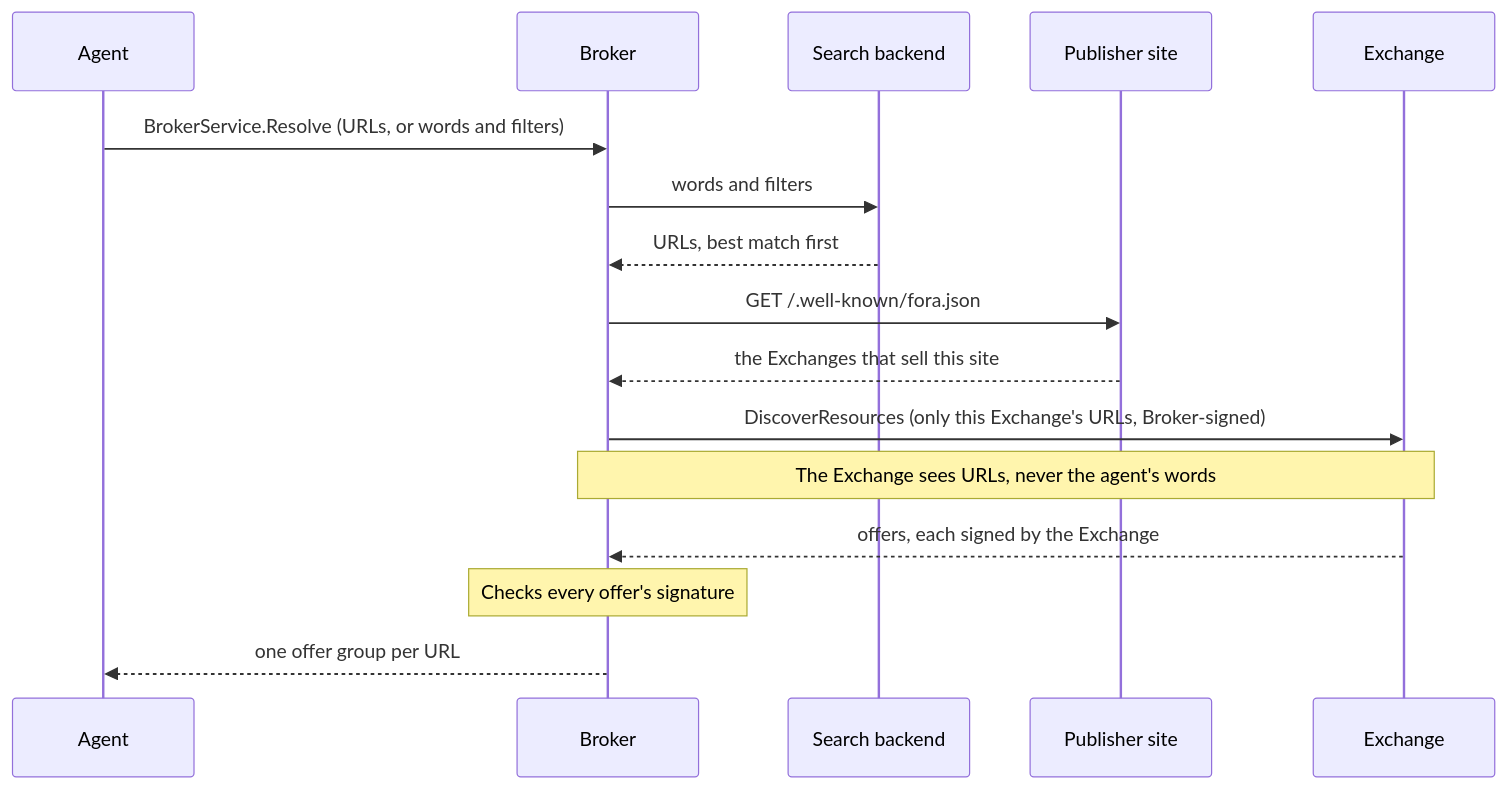
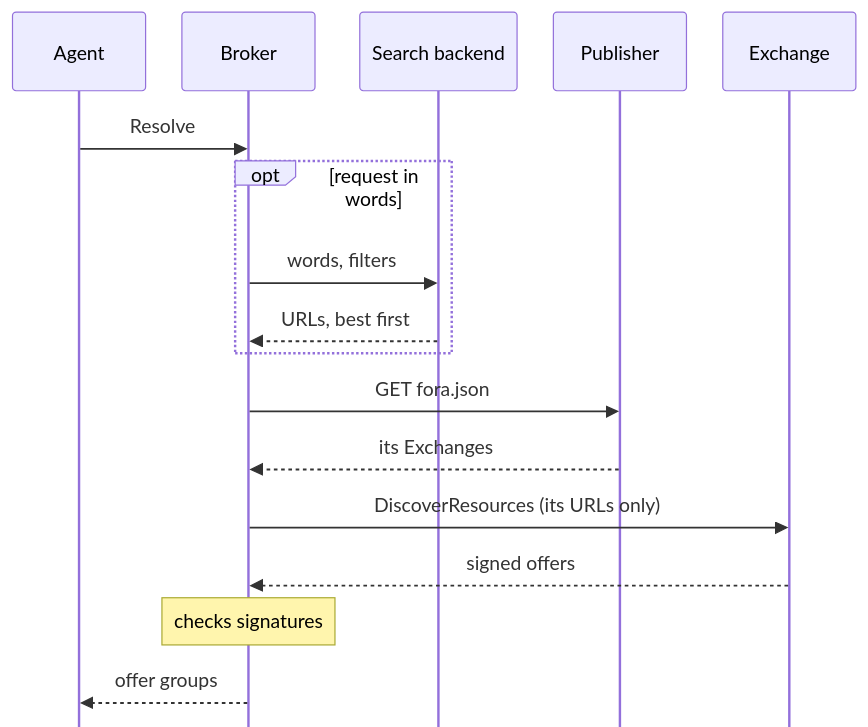
Before and after one commit to FORA-Protocol/protocol: the diagram in website/src/content/docs/components/broker/overview.mdx, drawn with Mermaid. The commit also changed other lines of this file, not shown here.

Commit message:
Correct the Broker page on empty answers, filters and offer order, source its third-party names and make its diagram readable

````diff
--- a/website/src/content/docs/components/broker/overview.mdx
+++ b/website/src/content/docs/components/broker/overview.mdx
@@ -12,19 +12,21 @@
 ```mermaid
+%%{init: {"sequence": {"mirrorActors": false, "width": 110, "actorMargin": 30}}}%%
 sequenceDiagram
     participant Agent
     participant Broker
     participant Search as Search backend
-    participant Site as Publisher site
+    participant Site as Publisher
     participant Exchange
 
-    Agent->>Broker: BrokerService.Resolve (URLs, or words and filters)
-    Broker->>Search: words and filters
-    Search-->>Broker: URLs, best match first
-    Broker->>Site: GET /.well-known/fora.json
-    Site-->>Broker: the Exchanges that sell this site
-    Broker->>Exchange: DiscoverResources (only this Exchange's URLs, Broker-signed)
-    Note over Broker,Exchange: The Exchange sees URLs, never the agent's words
-    Exchange-->>Broker: offers, each signed by the Exchange
-    Note over Broker: Checks every offer's signature
-    Broker-->>Agent: one offer group per URL
+    Agent->>Broker: Resolve
+    opt request in words
+        Broker->>Search: words, filters
+        Search-->>Broker: URLs, best first
+    end
+    Broker->>Site: GET fora.json
+    Site-->>Broker: its Exchanges
+    Broker->>Exchange: DiscoverResources (its URLs only)
+    Exchange-->>Broker: signed offers
+    Note over Broker: checks signatures
+    Broker-->>Agent: offer groups
 ```
````
